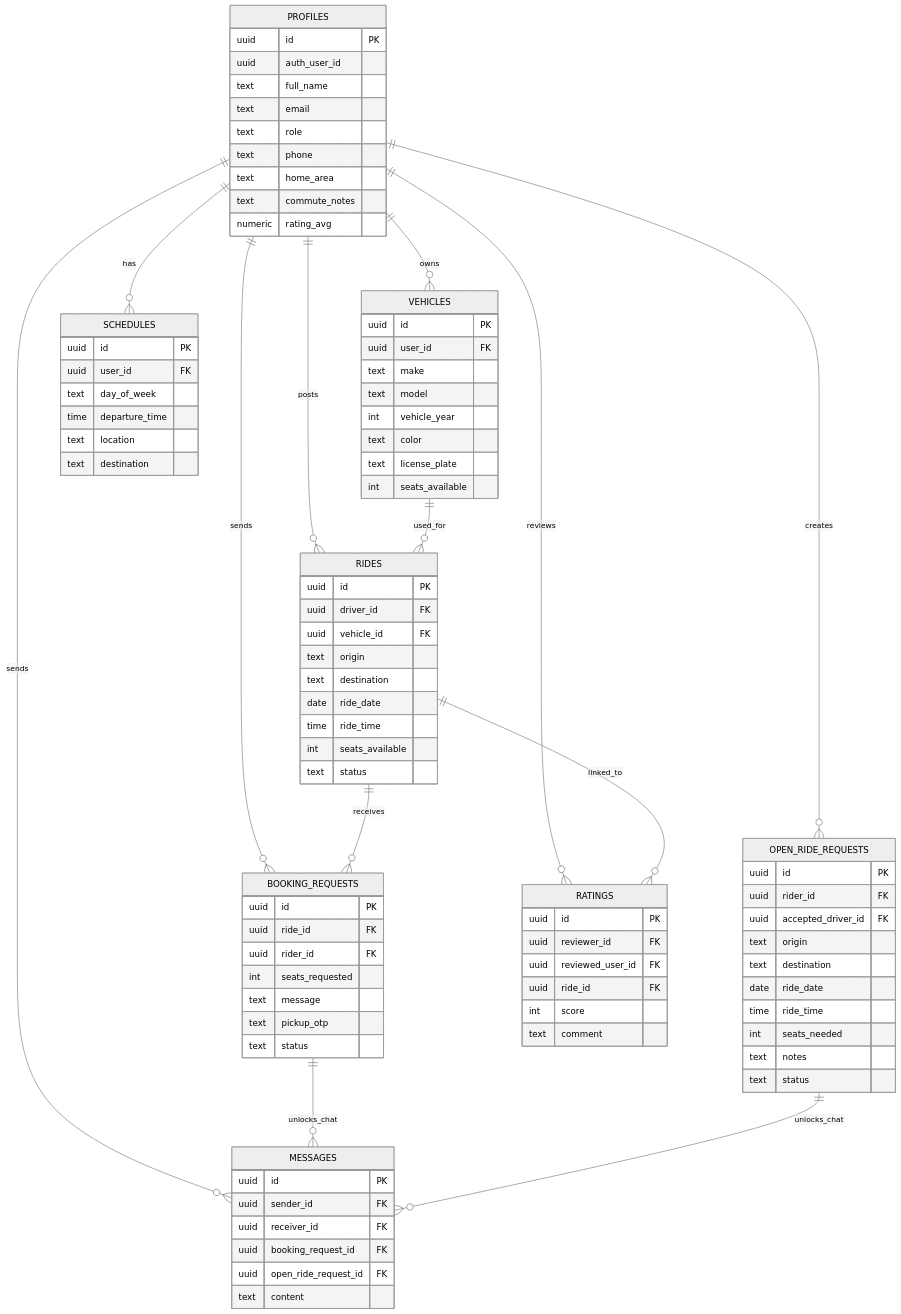
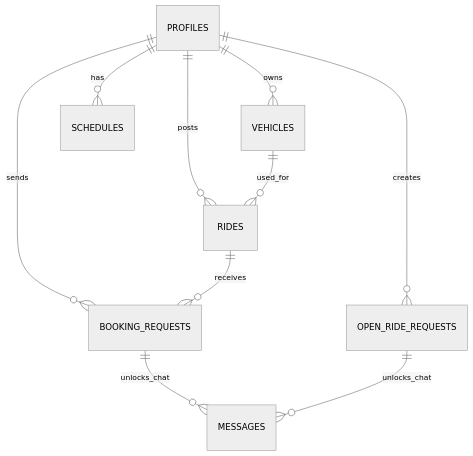
Before and after one commit to Youssefb89/HopIn: the first of 2 diagrams in docs/database-schema.md, drawn with Mermaid (neutral theme). The commit also changed other lines of this file and 9 other files, not shown here.

````diff
--- a/docs/database-schema.md
+++ b/docs/database-schema.md
@@ -20,96 +32,8 @@
     PROFILES ||--o{ BOOKING_REQUESTS : sends
     PROFILES ||--o{ OPEN_RIDE_REQUESTS : creates
     PROFILES ||--o{ SCHEDULES : has
-    PROFILES ||--o{ RATINGS : reviews
-    PROFILES ||--o{ MESSAGES : sends
     VEHICLES ||--o{ RIDES : used_for
     RIDES ||--o{ BOOKING_REQUESTS : receives
-    RIDES ||--o{ RATINGS : linked_to
     BOOKING_REQUESTS ||--o{ MESSAGES : unlocks_chat
     OPEN_RIDE_REQUESTS ||--o{ MESSAGES : unlocks_chat
-
-    PROFILES {
-        uuid id PK
-        uuid auth_user_id
-        text full_name
-        text email
-        text role
-        text phone
-        text home_area
-        text commute_notes
-        numeric rating_avg
-    }
-
-    VEHICLES {
-        uuid id PK
-        uuid user_id FK
-        text make
-        text model
-        int vehicle_year
-        text color
-        text license_plate
-        int seats_available
-    }
-
-    RIDES {
-        uuid id PK
-        uuid driver_id FK
-        uuid vehicle_id FK
-        text origin
-        text destination
-        date ride_date
-        time ride_time
-        int seats_available
-        text status
-    }
-
-    BOOKING_REQUESTS {
-        uuid id PK
-        uuid ride_id FK
-        uuid rider_id FK
-        int seats_requested
-        text message
-        text pickup_otp
-        text status
-    }
-
-    OPEN_RIDE_REQUESTS {
-        uuid id PK
-        uuid rider_id FK
-        uuid accepted_driver_id FK
-        text origin
-        text destination
-        date ride_date
-        time ride_time
-        int seats_needed
-        text notes
-        text status
-    }
-
-    RATINGS {
-        uuid id PK
-        uuid reviewer_id FK
-        uuid reviewed_user_id FK
-        uuid ride_id FK
-        int score
-        text comment
-    }
-
-    SCHEDULES {
-        uuid id PK
-        uuid user_id FK
-        text day_of_week
-        time departure_time
-        text location
-        text destination
-    }
-
-    MESSAGES {
-        uuid id PK
-        uuid sender_id FK
-        uuid receiver_id FK
-        uuid booking_request_id FK
-        uuid open_ride_request_id FK
-        text content
-    }
 ```
````
